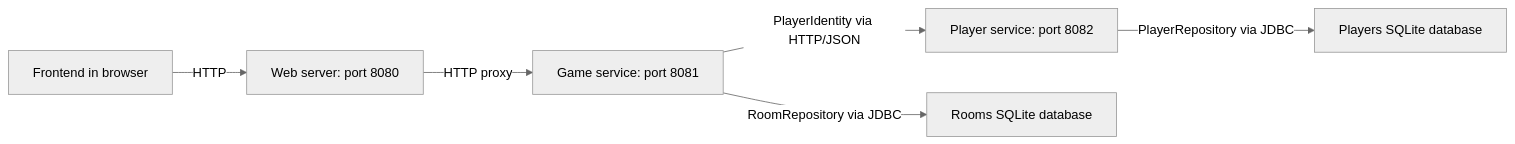
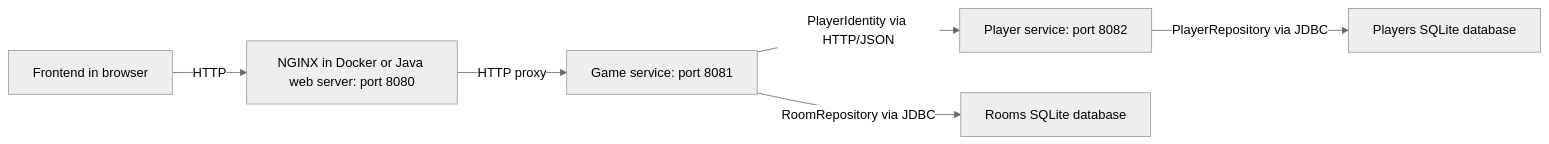
Before and after one commit to ikigachi/chess-software: the diagram in README.md, drawn with Mermaid (neutral theme). The commit also changed other lines of this file and 10 other files, not shown here.

Commit message:
Run Java services behind NGINX with Docker Compose and verify deployment recovery

````diff
--- a/README.md
+++ b/README.md
@@ -94,8 +138,8 @@
 ```mermaid
 flowchart LR
-    F["Frontend in browser"] -->|"HTTP"| W["Web server: port 8080"]
+    F["Frontend in browser"] -->|"HTTP"| W["NGINX in Docker or Java web server: port 8080"]
     W -->|"HTTP proxy"| G["Game service: port 8081"]
     G -->|"PlayerIdentity via HTTP/JSON"| P["Player service: port 8082"]
     G -->|"RoomRepository via JDBC"| D["Rooms SQLite database"]
     P -->|"PlayerRepository via JDBC"| PD["Players SQLite database"]
 ```
````
